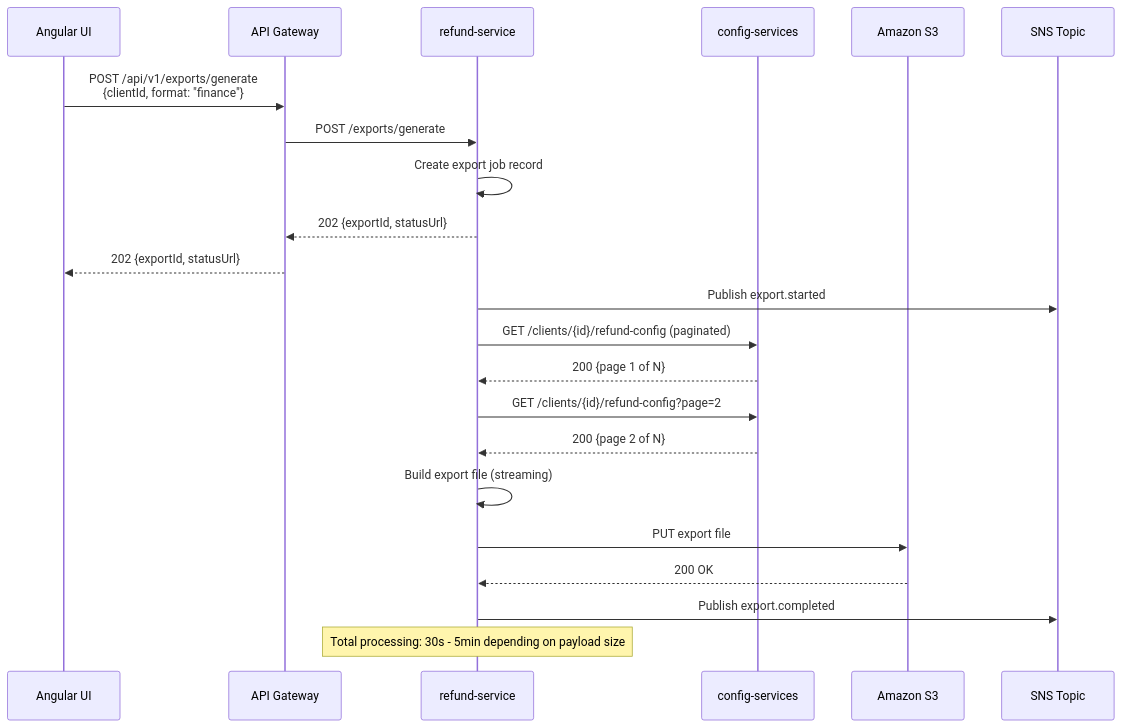
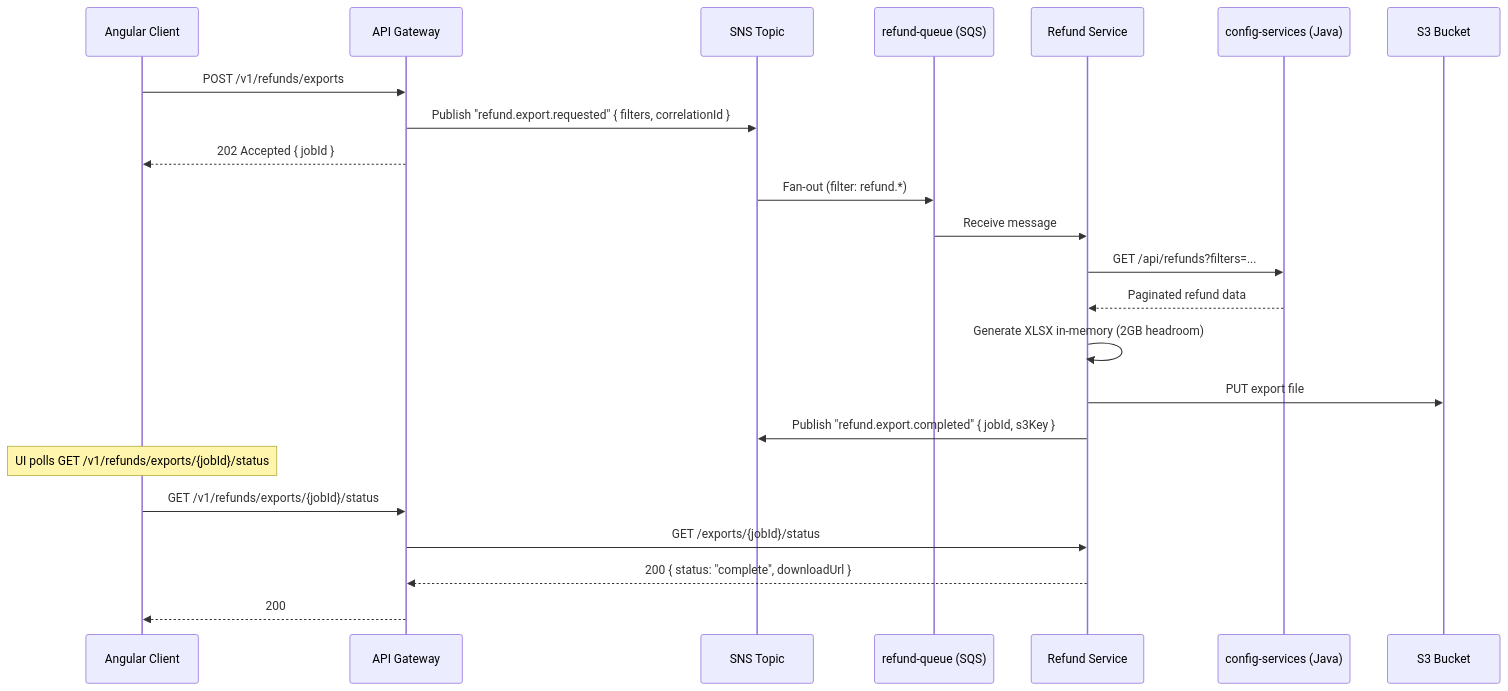
One commit to rsanchez-disney/steer-runtime changed the fifth of 13 diagrams in tests/orchestration/architecture_spec_agent.md. Above: the diagram before and after it, drawn with Mermaid. The commit also changed other lines of this file and 5 other files, not shown here.

````diff
--- a/tests/orchestration/architecture_spec_agent.md
+++ b/tests/orchestration/architecture_spec_agent.md
@@ -308,27 +169,26 @@
 ```mermaid
 sequenceDiagram
-    participant UI as Angular UI
+    participant UI as Angular Client
     participant GW as API Gateway
-    participant RS as refund-service
-    participant CS as config-services
-    participant S3 as Amazon S3
     participant SNS as SNS Topic
+    participant SQS as refund-queue (SQS)
+    participant RS as Refund Service
+    participant CS as config-services (Java)
+    participant S3 as S3 Bucket
 
-    UI->>GW: POST /api/v1/exports/generate<br/>{clientId, format: "finance"}
-    GW->>RS: POST /exports/generate
-    RS->>RS: Create export job record
-    RS-->>GW: 202 {exportId, statusUrl}
-    GW-->>UI: 202 {exportId, statusUrl}
-
-    RS->>SNS: Publish export.started
-    RS->>CS: GET /clients/{id}/refund-config (paginated)
-    CS-->>RS: 200 {page 1 of N}
-    RS->>CS: GET /clients/{id}/refund-config?page=2
-    CS-->>RS: 200 {page 2 of N}
-    RS->>RS: Build export file (streaming)
+    UI->>GW: POST /v1/refunds/exports
+    GW->>SNS: Publish "refund.export.requested" { filters, correlationId }
+    GW-->>UI: 202 Accepted { jobId }
+    SNS->>SQS: Fan-out (filter: refund.*)
+    SQS->>RS: Receive message
+    RS->>CS: GET /api/refunds?filters=...
+    CS-->>RS: Paginated refund data
+    RS->>RS: Generate XLSX in-memory (2GB headroom)
     RS->>S3: PUT export file
-    S3-->>RS: 200 OK
-    RS->>SNS: Publish export.completed
-
-    Note over RS: Total processing: 30s - 5min depending on payload size
+    RS->>SNS: Publish "refund.export.completed" { jobId, s3Key }
+    Note over UI: UI polls GET /v1/refunds/exports/{jobId}/status
+    UI->>GW: GET /v1/refunds/exports/{jobId}/status
+    GW->>RS: GET /exports/{jobId}/status
+    RS-->>GW: 200 { status: "complete", downloadUrl }
+    GW-->>UI: 200
 ```
````
